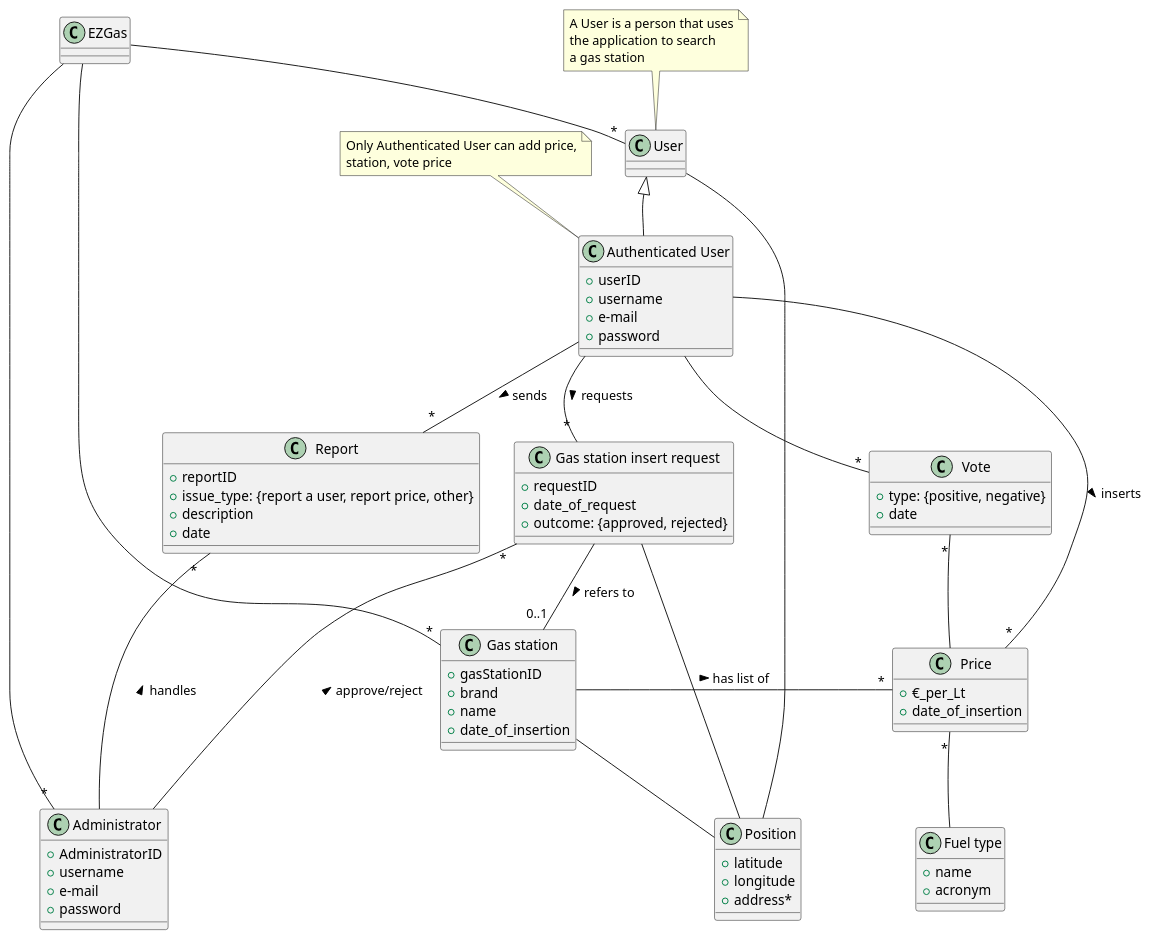
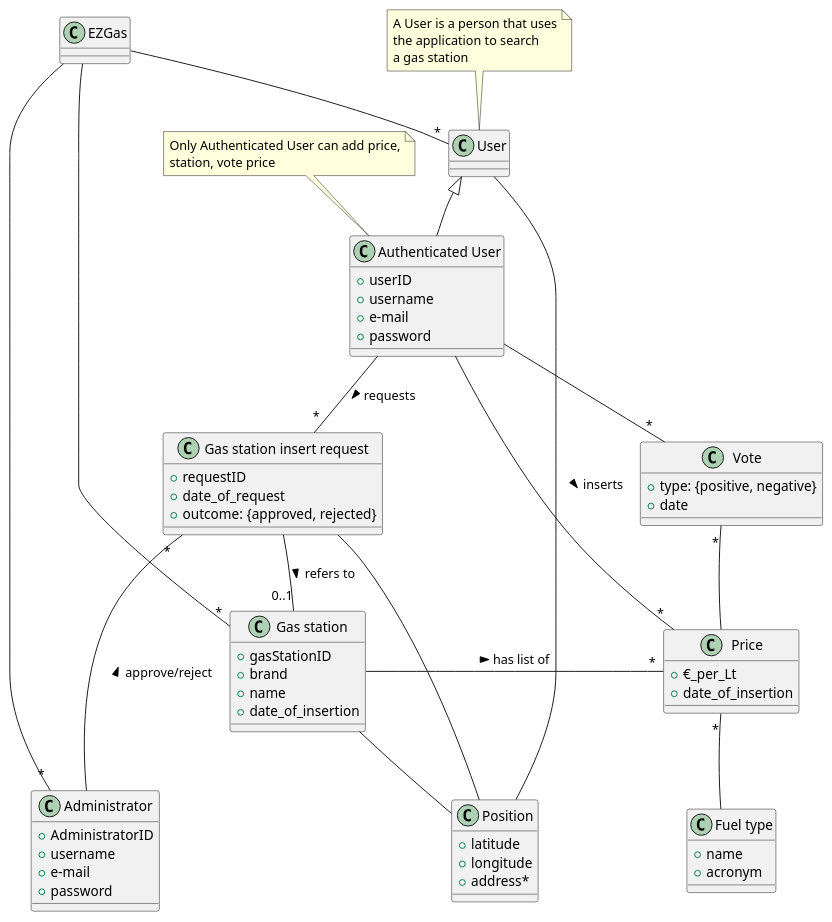
Before and after one commit to SE2-group4/SE1-project: the third of 3 diagrams in docs/RequirementsDocument.md, drawn with PlantUML. The commit also changed other lines of this file, not shown here.

First line of the commit message:
docs: insertion of deployment diagram

```diff
--- a/docs/RequirementsDocument.md
+++ b/docs/RequirementsDocument.md
@@ -357,13 +303,6 @@
   + date
 }
 
-class Report{
-  + reportID
-  + issue_type: {report a user, report price, other}
-  + description
-  + date
-}
-
 class Position{
 	+ latitude
 	+ longitude
@@ -385,9 +324,6 @@
 "Gas station insert request" -- Position
 "Gas station insert request" "*" -- Administrator : < approve/reject
 Vote "*" -- Price
-"Authenticated User"-- "*" Report : sends >
-Report "*" -- Administrator : < handles
-
 
 note "A User is a person that uses\nthe application to search\na gas station" as N1
 N1 .. User
@@ -403,7 +339,6 @@
 Position -[hidden]> User
 EZGas --[hidden]> "Gas station"
 "Authenticated User" --[hidden]> "Gas station insert request"
-Report -[hidden]> "Gas station insert request"
 "Gas station insert request" -[hidden]> Vote
 Vote --[hidden]> Price
 "Gas station" --[hidden]> "Administrator"
```
